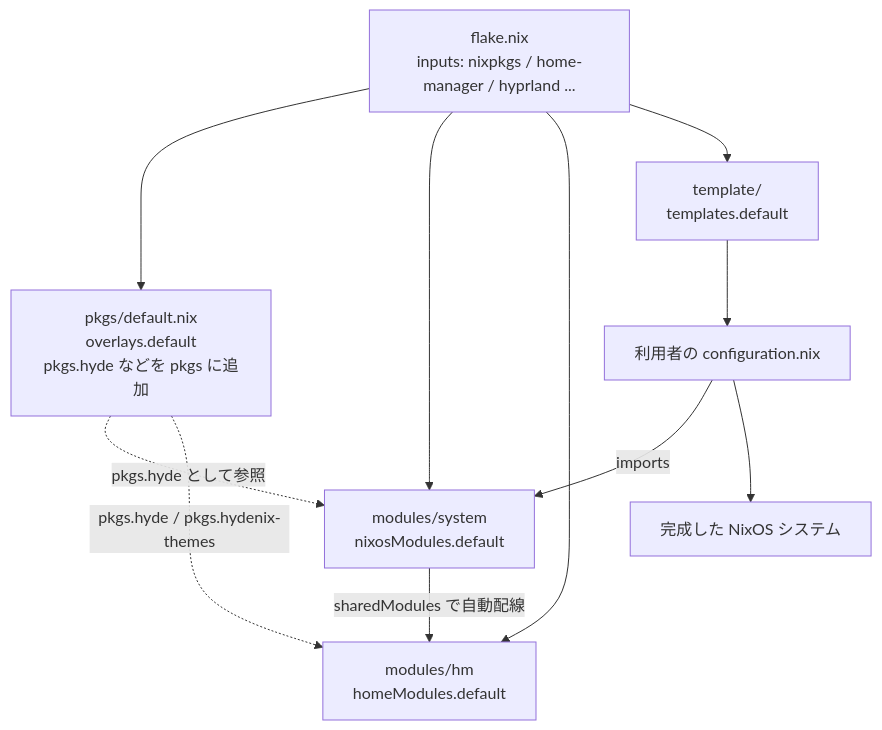
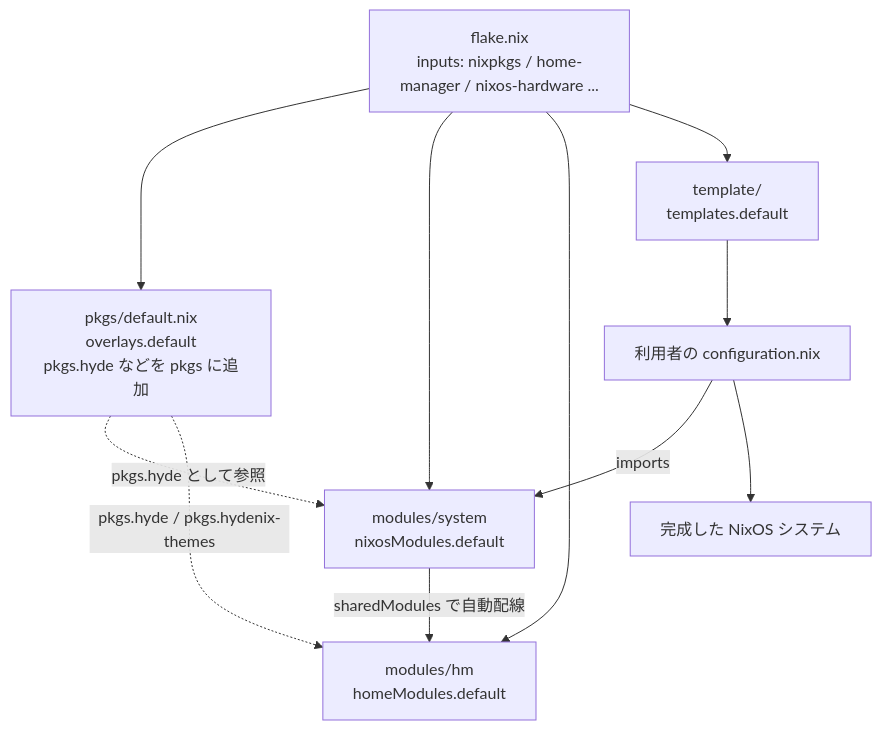
Before and after one commit to santamn/hydenix: the first of 3 diagrams in docs-ja/01-architecture.md, drawn with Mermaid. The commit also changed other lines of this file and 11 other files, not shown here.

````diff
--- a/docs-ja/01-architecture.md
+++ b/docs-ja/01-architecture.md
@@ -44,18 +44,18 @@
 ```mermaid
 flowchart TD
-    A["flake.nix<br/>inputs: nixpkgs / home-manager / hyprland ..."]
+    A["flake.nix<br/>inputs: nixpkgs / home-manager / nixos-hardware ..."]
 
     A --> OV["pkgs/default.nix<br/>overlays.default<br/>pkgs.hyde などを pkgs に追加"]
     A --> NM["modules/system<br/>nixosModules.default"]
     A --> HM["modules/hm<br/>homeModules.default"]
     A --> TPL["template/<br/>templates.default"]
 
     OV -.->|pkgs.hyde として参照| NM
     OV -.->|pkgs.hyde / pkgs.hydenix-themes| HM
 
     NM -->|sharedModules で自動配線| HM
 
     TPL --> UC["利用者の configuration.nix"]
     UC -->|imports| NM
     UC --> SYS["完成した NixOS システム"]
 ```
````
